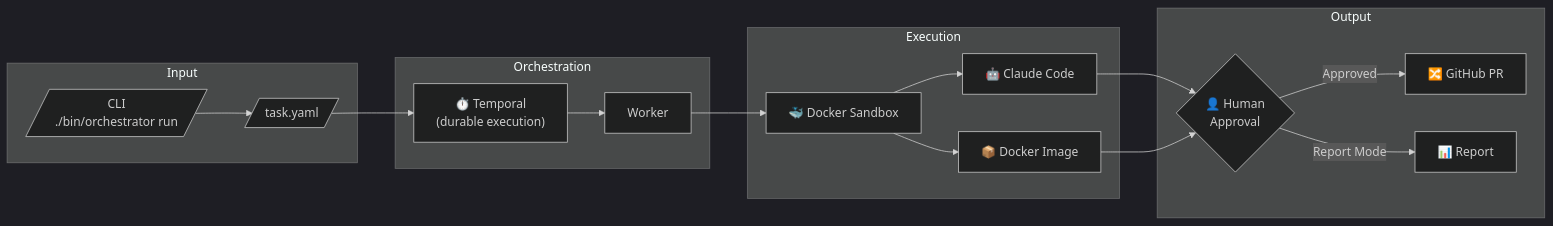
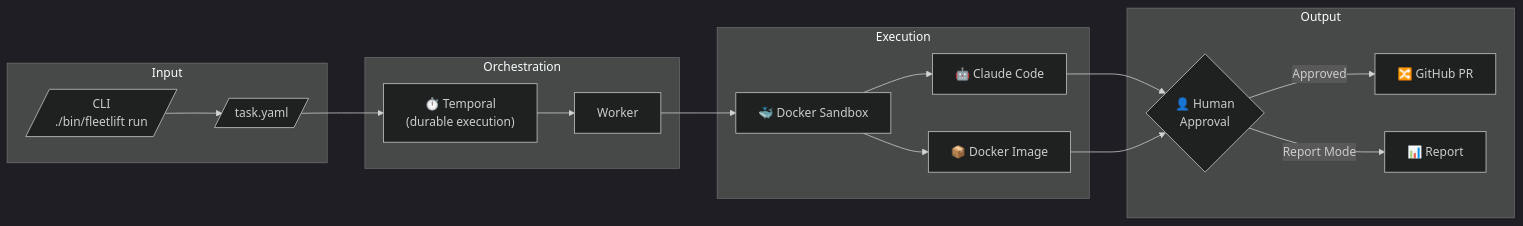
The diagram in README.md (andreweacott/agent-orchestrator), drawn with Mermaid (dark theme) before and after one commit. The commit also changed other lines of this file and 33 other files, not shown here.

````diff
--- a/README.md
+++ b/README.md
@@ -81,33 +81,33 @@
 ```mermaid
 flowchart LR
     subgraph Input
-        CLI[/"CLI\n./bin/orchestrator run"/]
+        CLI[/"CLI\n./bin/fleetlift run"/]
         YAML[/"task.yaml"/]
     end
 
     subgraph Orchestration
         Temporal["⏱️ Temporal\n(durable execution)"]
         Worker["Worker"]
     end
 
     subgraph Execution
         Sandbox["🐳 Docker Sandbox"]
         Claude["🤖 Claude Code"]
         Docker["📦 Docker Image"]
     end
 
     subgraph Output
         Approval{"👤 Human\nApproval"}
         PR["🔀 GitHub PR"]
         Report["📊 Report"]
     end
 
     CLI --> YAML --> Temporal
     Temporal --> Worker --> Sandbox
     Sandbox --> Claude
     Sandbox --> Docker
     Claude --> Approval
     Docker --> Approval
     Approval -->|Approved| PR
     Approval -->|Report Mode| Report
 ```
````
